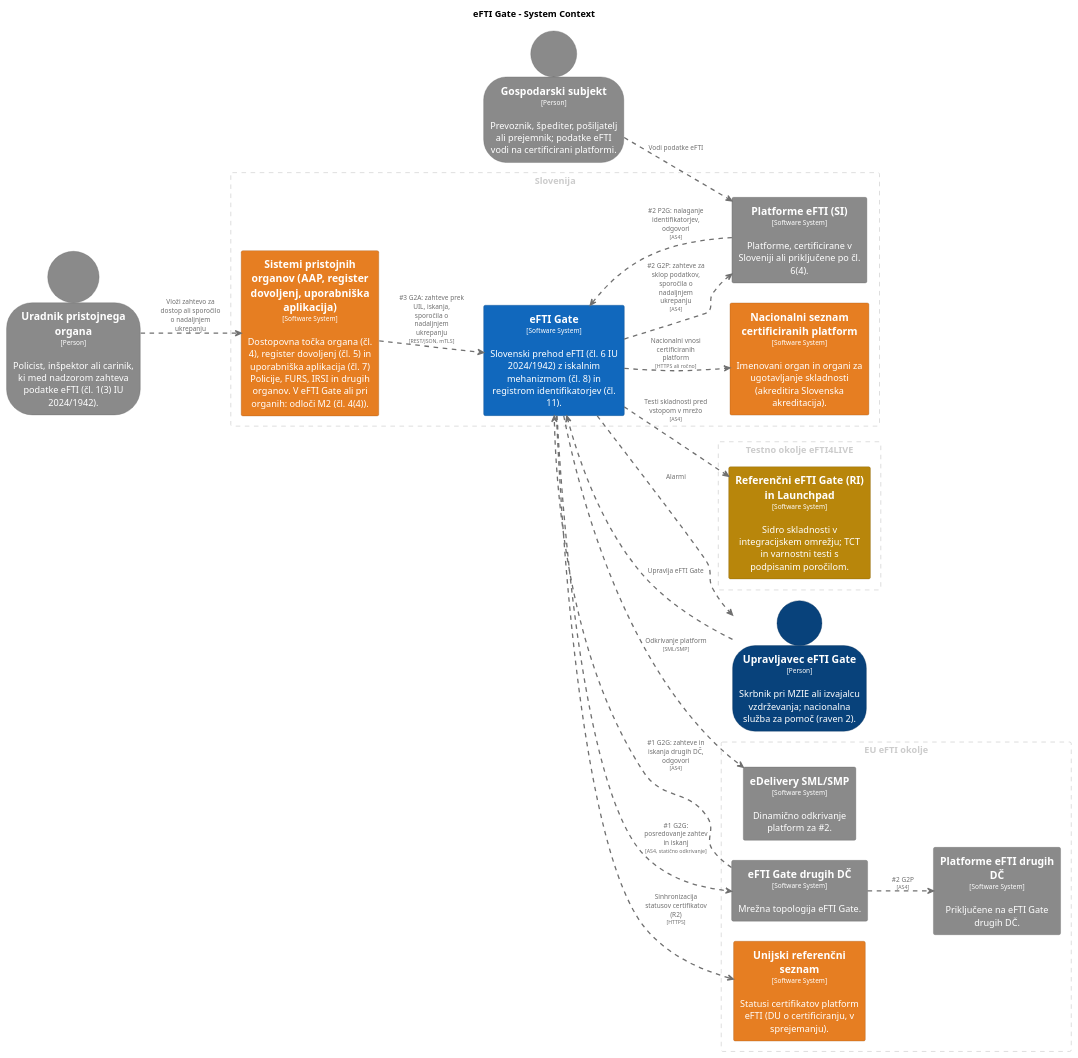
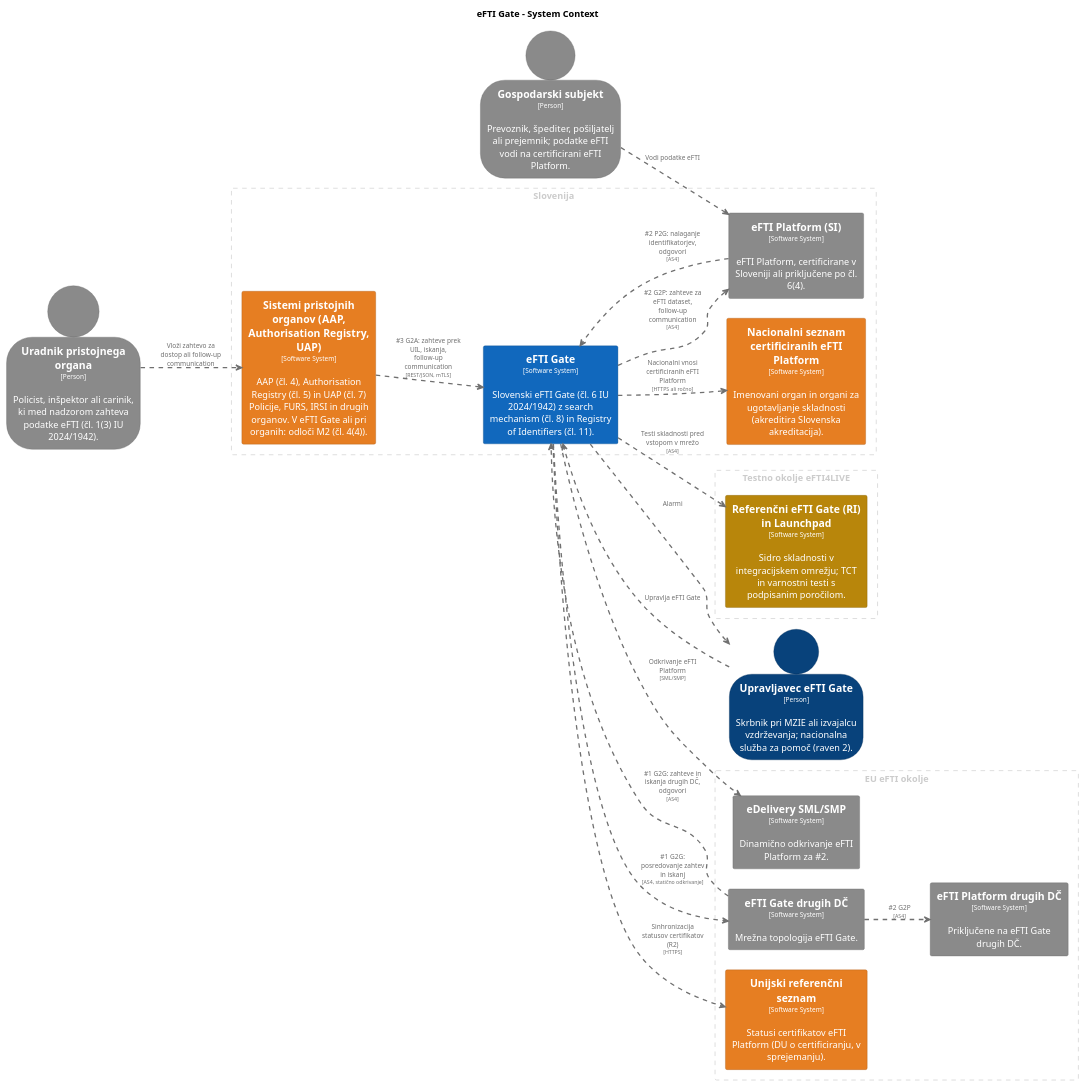
The diagram in architecture/diagrams/structurizr-C1-Kontekst.puml (UM-KGPI/eFTI-Gate-SI), drawn with PlantUML before and after one commit. The commit also changed 38 other files, not shown here.

```diff
--- a/architecture/diagrams/structurizr-C1-Kontekst.puml
+++ b/architecture/diagrams/structurizr-C1-Kontekst.puml
@@ -1,139 +1,139 @@
 @startuml
 set separator none
 title eFTI Gate - System Context
 
 left to right direction
 skinparam ranksep 60
 skinparam nodesep 30
 
 skinparam {
   arrowFontSize 10
   defaultTextAlignment center
   wrapWidth 200
   maxMessageSize 100
 }
 
 hide stereotype
 
 skinparam person<<Gospodarskisubjekt>> {
   BackgroundColor #8a8a8a
   FontColor #ffffff
   BorderColor #606060
   shadowing false
 }
-skinparam rectangle<<Nacionalniseznamcertificiranihplatform>> {
+skinparam rectangle<<NacionalniseznamcertificiraniheFTIPlatform>> {
   BackgroundColor #e67e22
   FontColor #ffffff
   BorderColor #a15817
-  shadowing false
-}
-skinparam rectangle<<PlatformeeFTISI>> {
-  BackgroundColor #8a8a8a
-  FontColor #ffffff
-  BorderColor #606060
-  shadowing false
-}
-skinparam rectangle<<PlatformeeFTIdrugihDČ>> {
-  BackgroundColor #8a8a8a
-  FontColor #ffffff
-  BorderColor #606060
   shadowing false
 }
 skinparam rectangle<<ReferenčnieFTIGateRIinLaunchpad>> {
   BackgroundColor #b8860b
   FontColor #ffffff
   BorderColor #805d07
   shadowing false
 }
-skinparam rectangle<<SistemipristojnihorganovAAPregisterdovoljenjuporabniškaaplikacija>> {
+skinparam rectangle<<SistemipristojnihorganovAAPAuthorisationRegistryUAP>> {
   BackgroundColor #e67e22
   FontColor #ffffff
   BorderColor #a15817
   shadowing false
 }
 skinparam rectangle<<Unijskireferenčniseznam>> {
   BackgroundColor #e67e22
   FontColor #ffffff
   BorderColor #a15817
   shadowing false
 }
 skinparam person<<UpravljaveceFTIGate>> {
   BackgroundColor #08427b
   FontColor #ffffff
   BorderColor #052e56
   shadowing false
 }
 skinparam person<<Uradnikpristojnegaorgana>> {
   BackgroundColor #8a8a8a
   FontColor #ffffff
   BorderColor #606060
   shadowing false
 }
 skinparam rectangle<<eDeliverySMLSMP>> {
   BackgroundColor #8a8a8a
   FontColor #ffffff
   BorderColor #606060
   shadowing false
 }
 skinparam rectangle<<eFTIGate>> {
   BackgroundColor #1168bd
   FontColor #ffffff
   BorderColor #0b4884
   shadowing false
 }
 skinparam rectangle<<eFTIGatedrugihDČ>> {
   BackgroundColor #8a8a8a
   FontColor #ffffff
   BorderColor #606060
   shadowing false
 }
+skinparam rectangle<<eFTIPlatformSI>> {
+  BackgroundColor #8a8a8a
+  FontColor #ffffff
+  BorderColor #606060
+  shadowing false
+}
+skinparam rectangle<<eFTIPlatformdrugihDČ>> {
+  BackgroundColor #8a8a8a
+  FontColor #ffffff
+  BorderColor #606060
+  shadowing false
+}
 
 rectangle "EU eFTI okolje" <<group1>> as group1 {
   skinparam RectangleBorderColor<<group1>> #cccccc
   skinparam RectangleFontColor<<group1>> #cccccc
   skinparam RectangleBorderStyle<<group1>> dashed
 
   rectangle "==eFTI Gate drugih DČ\n<size:10>[Software System]</size>\n\nMrežna topologija eFTI Gate." <<eFTIGatedrugihDČ>> as eFTIGatedrugihDČ
-  rectangle "==Unijski referenčni seznam\n<size:10>[Software System]</size>\n\nStatusi certifikatov platform eFTI (DU o certificiranju, v sprejemanju)." <<Unijskireferenčniseznam>> as Unijskireferenčniseznam
-  rectangle "==eDelivery SML/SMP\n<size:10>[Software System]</size>\n\nDinamično odkrivanje platform za #2." <<eDeliverySMLSMP>> as eDeliverySMLSMP
-  rectangle "==Platforme eFTI drugih DČ\n<size:10>[Software System]</size>\n\nPriključene na eFTI Gate drugih DČ." <<PlatformeeFTIdrugihDČ>> as PlatformeeFTIdrugihDČ
+  rectangle "==Unijski referenčni seznam\n<size:10>[Software System]</size>\n\nStatusi certifikatov eFTI Platform (DU o certificiranju, v sprejemanju)." <<Unijskireferenčniseznam>> as Unijskireferenčniseznam
+  rectangle "==eDelivery SML/SMP\n<size:10>[Software System]</size>\n\nDinamično odkrivanje eFTI Platform za #2." <<eDeliverySMLSMP>> as eDeliverySMLSMP
+  rectangle "==eFTI Platform drugih DČ\n<size:10>[Software System]</size>\n\nPriključene na eFTI Gate drugih DČ." <<eFTIPlatformdrugihDČ>> as eFTIPlatformdrugihDČ
 }
 
 rectangle "Slovenija" <<group2>> as group2 {
   skinparam RectangleBorderColor<<group2>> #cccccc
   skinparam RectangleFontColor<<group2>> #cccccc
   skinparam RectangleBorderStyle<<group2>> dashed
 
-  rectangle "==Sistemi pristojnih organov (AAP, register dovoljenj, uporabniška aplikacija)\n<size:10>[Software System]</size>\n\nDostopovna točka organa (čl. 4), register dovoljenj (čl. 5) in uporabniška aplikacija (čl. 7) Policije, FURS, IRSI in drugih organov. V eFTI Gate ali pri organih: odloči M2 (čl. 4(4))." <<SistemipristojnihorganovAAPregisterdovoljenjuporabniškaaplikacija>> as SistemipristojnihorganovAAPregisterdovoljenjuporabniškaaplikacija
-  rectangle "==Platforme eFTI (SI)\n<size:10>[Software System]</size>\n\nPlatforme, certificirane v Sloveniji ali priključene po čl. 6(4)." <<PlatformeeFTISI>> as PlatformeeFTISI
-  rectangle "==Nacionalni seznam certificiranih platform\n<size:10>[Software System]</size>\n\nImenovani organ in organi za ugotavljanje skladnosti (akreditira Slovenska akreditacija)." <<Nacionalniseznamcertificiranihplatform>> as Nacionalniseznamcertificiranihplatform
-  rectangle "==eFTI Gate\n<size:10>[Software System]</size>\n\nSlovenski prehod eFTI (čl. 6 IU 2024/1942) z iskalnim mehanizmom (čl. 8) in registrom identifikatorjev (čl. 11)." <<eFTIGate>> as eFTIGate
+  rectangle "==Sistemi pristojnih organov (AAP, Authorisation Registry, UAP)\n<size:10>[Software System]</size>\n\nAAP (čl. 4), Authorisation Registry (čl. 5) in UAP (čl. 7) Policije, FURS, IRSI in drugih organov. V eFTI Gate ali pri organih: odloči M2 (čl. 4(4))." <<SistemipristojnihorganovAAPAuthorisationRegistryUAP>> as SistemipristojnihorganovAAPAuthorisationRegistryUAP
+  rectangle "==eFTI Platform (SI)\n<size:10>[Software System]</size>\n\neFTI Platform, certificirane v Sloveniji ali priključene po čl. 6(4)." <<eFTIPlatformSI>> as eFTIPlatformSI
+  rectangle "==Nacionalni seznam certificiranih eFTI Platform\n<size:10>[Software System]</size>\n\nImenovani organ in organi za ugotavljanje skladnosti (akreditira Slovenska akreditacija)." <<NacionalniseznamcertificiraniheFTIPlatform>> as NacionalniseznamcertificiraniheFTIPlatform
+  rectangle "==eFTI Gate\n<size:10>[Software System]</size>\n\nSlovenski eFTI Gate (čl. 6 IU 2024/1942) z search mechanism (čl. 8) in Registry of Identifiers (čl. 11)." <<eFTIGate>> as eFTIGate
 }
 
 rectangle "Testno okolje eFTI4LIVE" <<group3>> as group3 {
   skinparam RectangleBorderColor<<group3>> #cccccc
   skinparam RectangleFontColor<<group3>> #cccccc
   skinparam RectangleBorderStyle<<group3>> dashed
 
   rectangle "==Referenčni eFTI Gate (RI) in Launchpad\n<size:10>[Software System]</size>\n\nSidro skladnosti v integracijskem omrežju; TCT in varnostni testi s podpisanim poročilom." <<ReferenčnieFTIGateRIinLaunchpad>> as ReferenčnieFTIGateRIinLaunchpad
 }
 
 person "==Uradnik pristojnega organa\n<size:10>[Person]</size>\n\nPolicist, inšpektor ali carinik, ki med nadzorom zahteva podatke eFTI (čl. 1(3) IU 2024/1942)." <<Uradnikpristojnegaorgana>> as Uradnikpristojnegaorgana
 person "==Upravljavec eFTI Gate\n<size:10>[Person]</size>\n\nSkrbnik pri MZIE ali izvajalcu vzdrževanja; nacionalna služba za pomoč (raven 2)." <<UpravljaveceFTIGate>> as UpravljaveceFTIGate
-person "==Gospodarski subjekt\n<size:10>[Person]</size>\n\nPrevoznik, špediter, pošiljatelj ali prejemnik; podatke eFTI vodi na certificirani platformi." <<Gospodarskisubjekt>> as Gospodarskisubjekt
+person "==Gospodarski subjekt\n<size:10>[Person]</size>\n\nPrevoznik, špediter, pošiljatelj ali prejemnik; podatke eFTI vodi na certificirani eFTI Platform." <<Gospodarskisubjekt>> as Gospodarskisubjekt
 
-Uradnikpristojnegaorgana .[#707070,thickness=2].> SistemipristojnihorganovAAPregisterdovoljenjuporabniškaaplikacija : "<color:#707070>Vloži zahtevo za dostop ali sporočilo o nadaljnjem ukrepanju"
-Gospodarskisubjekt .[#707070,thickness=2].> PlatformeeFTISI : "<color:#707070>Vodi podatke eFTI"
+Uradnikpristojnegaorgana .[#707070,thickness=2].> SistemipristojnihorganovAAPAuthorisationRegistryUAP : "<color:#707070>Vloži zahtevo za dostop ali follow-up communication"
+Gospodarskisubjekt .[#707070,thickness=2].> eFTIPlatformSI : "<color:#707070>Vodi podatke eFTI"
 UpravljaveceFTIGate .[#707070,thickness=2].> eFTIGate : "<color:#707070>Upravlja eFTI Gate"
 eFTIGate .[#707070,thickness=2].> UpravljaveceFTIGate : "<color:#707070>Alarmi"
-SistemipristojnihorganovAAPregisterdovoljenjuporabniškaaplikacija .[#707070,thickness=2].> eFTIGate : "<color:#707070>#3 G2A: zahteve prek UIL, iskanja, sporočila o nadaljnjem ukrepanju\n<color:#707070><size:8>[REST/JSON, mTLS]</size>"
-eFTIGate .[#707070,thickness=2].> PlatformeeFTISI : "<color:#707070>#2 G2P: zahteve za sklop podatkov, sporočila o nadaljnjem ukrepanju\n<color:#707070><size:8>[AS4]</size>"
-PlatformeeFTISI .[#707070,thickness=2].> eFTIGate : "<color:#707070>#2 P2G: nalaganje identifikatorjev, odgovori\n<color:#707070><size:8>[AS4]</size>"
+SistemipristojnihorganovAAPAuthorisationRegistryUAP .[#707070,thickness=2].> eFTIGate : "<color:#707070>#3 G2A: zahteve prek UIL, iskanja, follow-up communication\n<color:#707070><size:8>[REST/JSON, mTLS]</size>"
+eFTIGate .[#707070,thickness=2].> eFTIPlatformSI : "<color:#707070>#2 G2P: zahteve za eFTI dataset, follow-up communication\n<color:#707070><size:8>[AS4]</size>"
+eFTIPlatformSI .[#707070,thickness=2].> eFTIGate : "<color:#707070>#2 P2G: nalaganje identifikatorjev, odgovori\n<color:#707070><size:8>[AS4]</size>"
 eFTIGate .[#707070,thickness=2].> eFTIGatedrugihDČ : "<color:#707070>#1 G2G: posredovanje zahtev in iskanj\n<color:#707070><size:8>[AS4, statično odkrivanje]</size>"
 eFTIGatedrugihDČ .[#707070,thickness=2].> eFTIGate : "<color:#707070>#1 G2G: zahteve in iskanja drugih DČ, odgovori\n<color:#707070><size:8>[AS4]</size>"
-eFTIGatedrugihDČ .[#707070,thickness=2].> PlatformeeFTIdrugihDČ : "<color:#707070>#2 G2P\n<color:#707070><size:8>[AS4]</size>"
-eFTIGate .[#707070,thickness=2].> eDeliverySMLSMP : "<color:#707070>Odkrivanje platform\n<color:#707070><size:8>[SML/SMP]</size>"
+eFTIGatedrugihDČ .[#707070,thickness=2].> eFTIPlatformdrugihDČ : "<color:#707070>#2 G2P\n<color:#707070><size:8>[AS4]</size>"
+eFTIGate .[#707070,thickness=2].> eDeliverySMLSMP : "<color:#707070>Odkrivanje eFTI Platform\n<color:#707070><size:8>[SML/SMP]</size>"
 eFTIGate .[#707070,thickness=2].> Unijskireferenčniseznam : "<color:#707070>Sinhronizacija statusov certifikatov (R2)\n<color:#707070><size:8>[HTTPS]</size>"
-eFTIGate .[#707070,thickness=2].> Nacionalniseznamcertificiranihplatform : "<color:#707070>Nacionalni vnosi certificiranih platform\n<color:#707070><size:8>[HTTPS ali ročno]</size>"
+eFTIGate .[#707070,thickness=2].> NacionalniseznamcertificiraniheFTIPlatform : "<color:#707070>Nacionalni vnosi certificiranih eFTI Platform\n<color:#707070><size:8>[HTTPS ali ročno]</size>"
 eFTIGate .[#707070,thickness=2].> ReferenčnieFTIGateRIinLaunchpad : "<color:#707070>Testi skladnosti pred vstopom v mrežo\n<color:#707070><size:8>[AS4]</size>"
 @enduml
```
